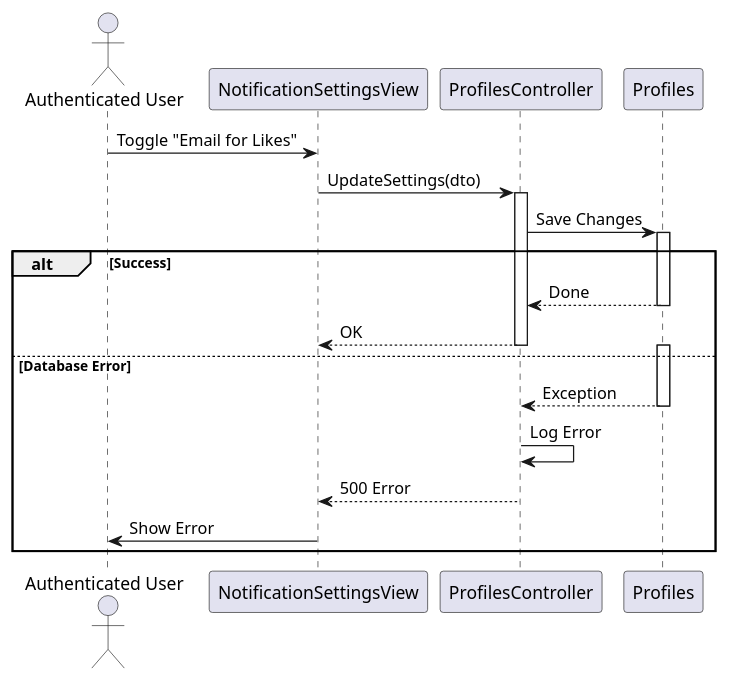
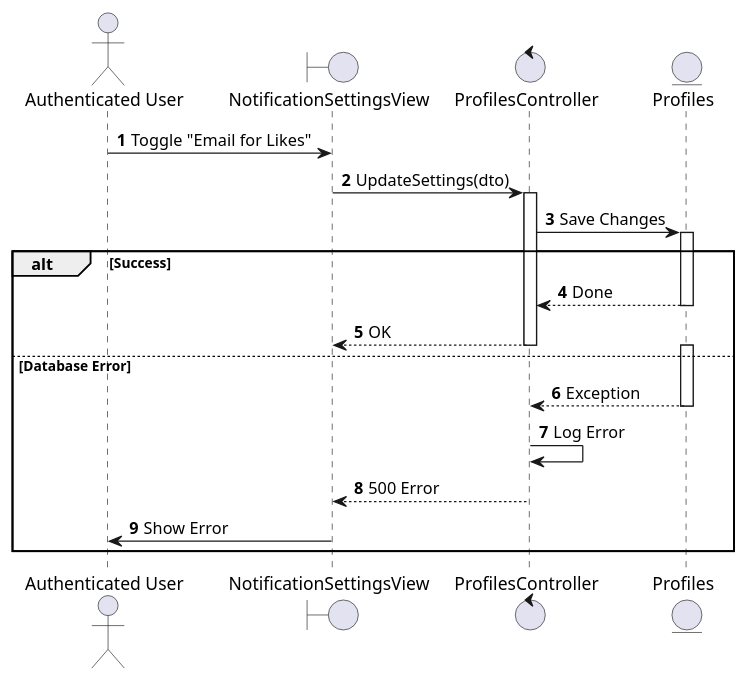
Before and after one commit to I-Love-U-3000/Favi-BE: the tenth of 10 diagrams in UC_2.1.8_Monitor_Notification.md, drawn with PlantUML. The commit also changed other lines of this file and 36 other files, not shown here.

````diff
--- a/UC_2.1.8_Monitor_Notification.md
+++ b/UC_2.1.8_Monitor_Notification.md
@@ -388,28 +375,29 @@
 ```plantuml
 @startuml
+autonumber
 actor "Authenticated User" as User
-participant "NotificationSettingsView" as View
-participant "ProfilesController" as Controller
-participant "Profiles" as DB
+boundary "NotificationSettingsView" as View
+control "ProfilesController" as Controller
+entity "Profiles" as DB
 
 User -> View: Toggle "Email for Likes"
 View -> Controller: UpdateSettings(dto)
 activate Controller
 Controller -> DB: Save Changes
 activate DB
 alt Success
     DB --> Controller: Done
     deactivate DB
     Controller --> View: OK
     deactivate Controller
 else Database Error
     activate DB
     DB --> Controller: Exception
     deactivate DB
     Controller -> Controller: Log Error
     Controller --> View: 500 Error
     deactivate Controller
     View -> User: Show Error
 end
 @enduml
 ```
````
